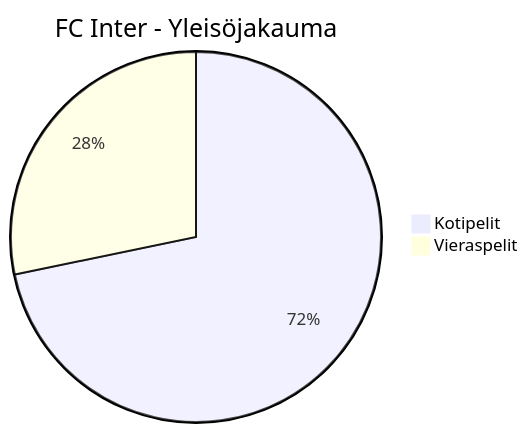
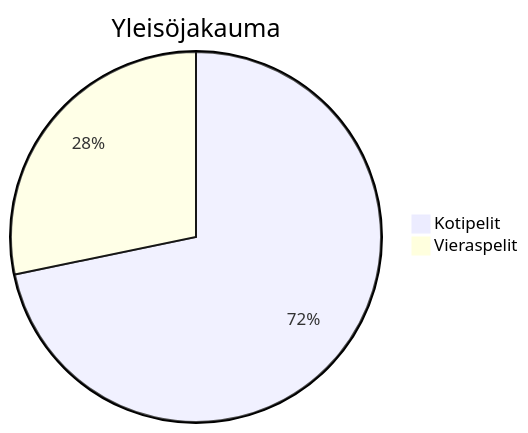
One commit to Linux88888/Veikkausliiga2025 changed the eighth of 27 diagrams in Yleisö2025.md. Above: the diagram before and after it, drawn with Mermaid. The commit also changed other lines of this file, not shown here.

````diff
--- a/Yleisö2025.md
+++ b/Yleisö2025.md
@@ -73,5 +71,5 @@
 ```mermaid
-pie title FC Inter - Yleisöjakauma
+pie title Yleisöjakauma
     "Kotipelit" : 6303
     "Vieraspelit" : 2481
 ```
````
